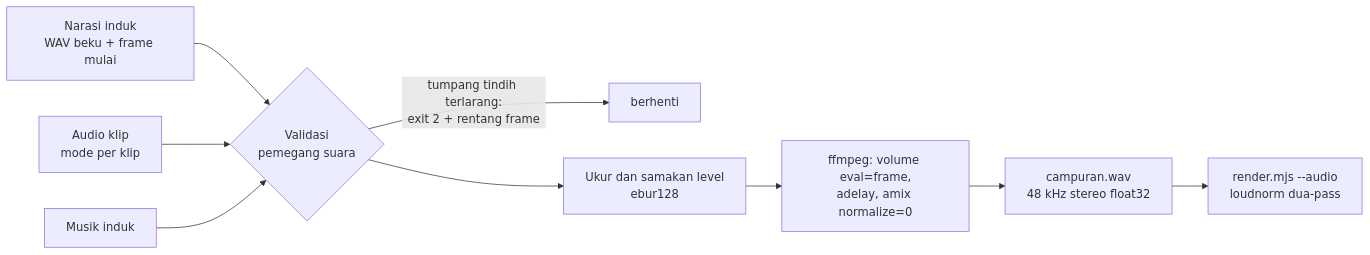
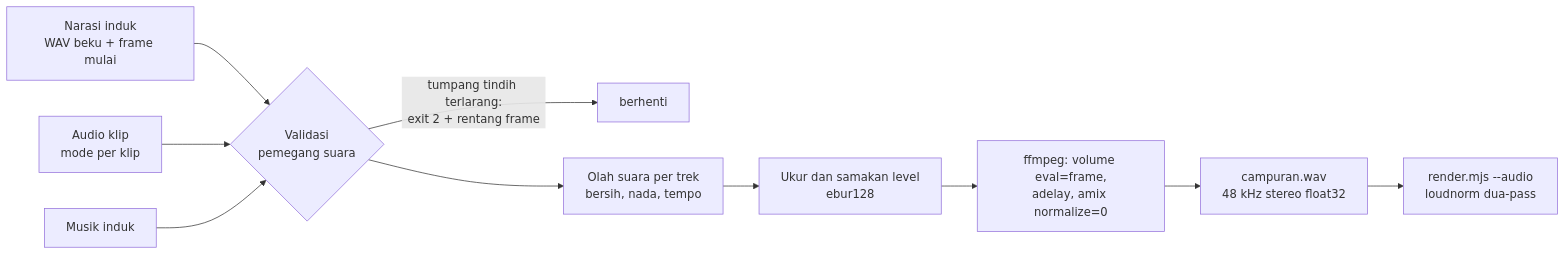
The second of 2 diagrams in docs/video-tertanam-audio.md (ahliweb/awvd), drawn with Mermaid before and after one commit. The commit also changed other lines of this file and 8 other files, not shown here.

Commit message:
feat: peredam bising dan pengubah suara per trek audio

````diff
--- a/docs/video-tertanam-audio.md
+++ b/docs/video-tertanam-audio.md
@@ -150,10 +150,10 @@
 ```mermaid
 flowchart LR
     N[Narasi induk<br/>WAV beku + frame mulai] --> V{Validasi<br/>pemegang suara}
     K[Audio klip<br/>mode per klip] --> V
     M[Musik induk] --> V
     V -->|tumpang tindih terlarang:<br/>exit 2 + rentang frame| X[berhenti]
-    V --> E[Ukur dan samakan level<br/>ebur128] --> F[ffmpeg: volume eval=frame,<br/>adelay, amix normalize=0]
+    V --> O[Olah suara per trek<br/>bersih, nada, tempo] --> E[Ukur dan samakan level<br/>ebur128] --> F[ffmpeg: volume eval=frame,<br/>adelay, amix normalize=0]
     F --> W[campuran.wav<br/>48 kHz stereo float32]
     W --> R[render.mjs --audio<br/>loudnorm dua-pass]
 ```
````
